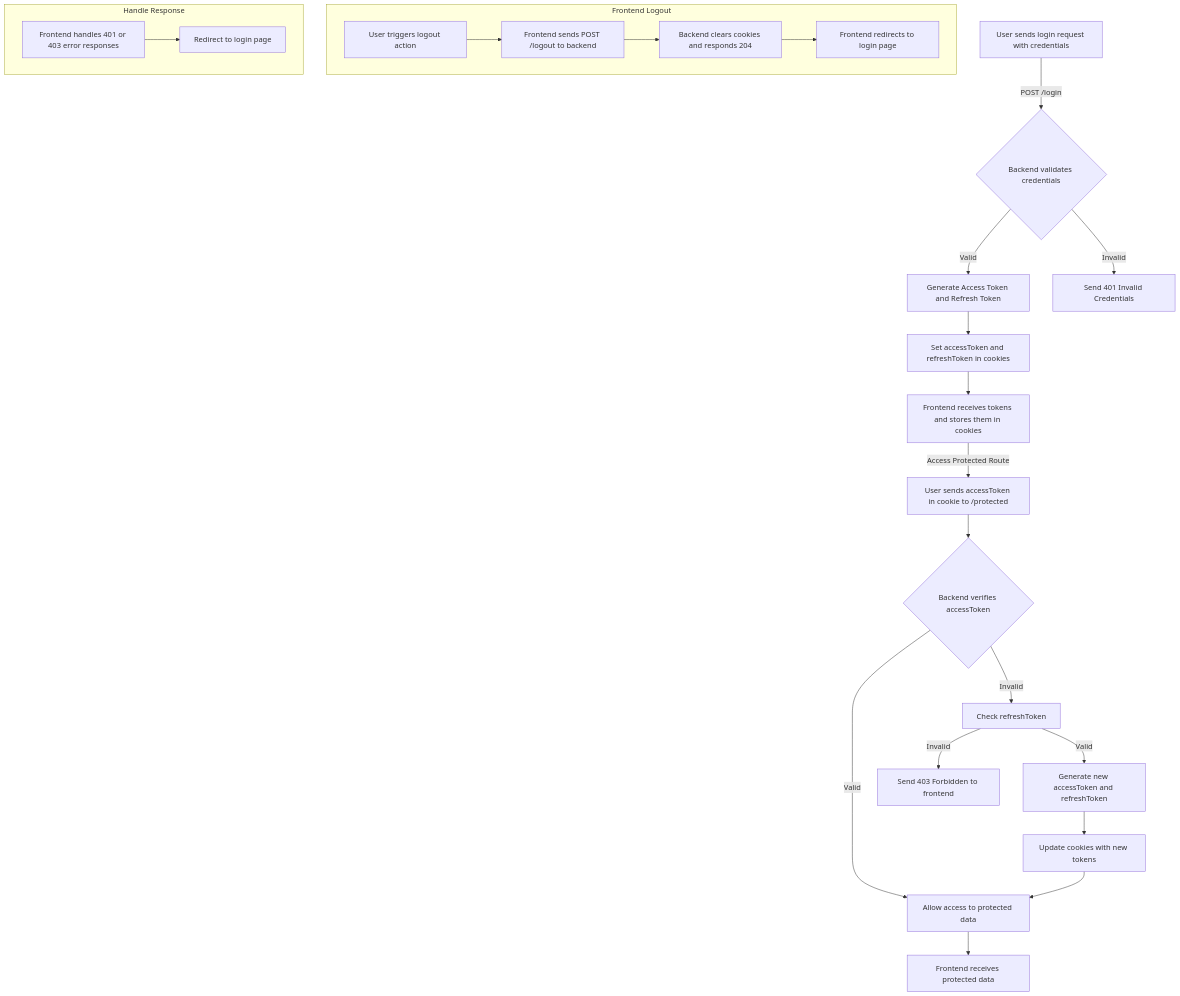
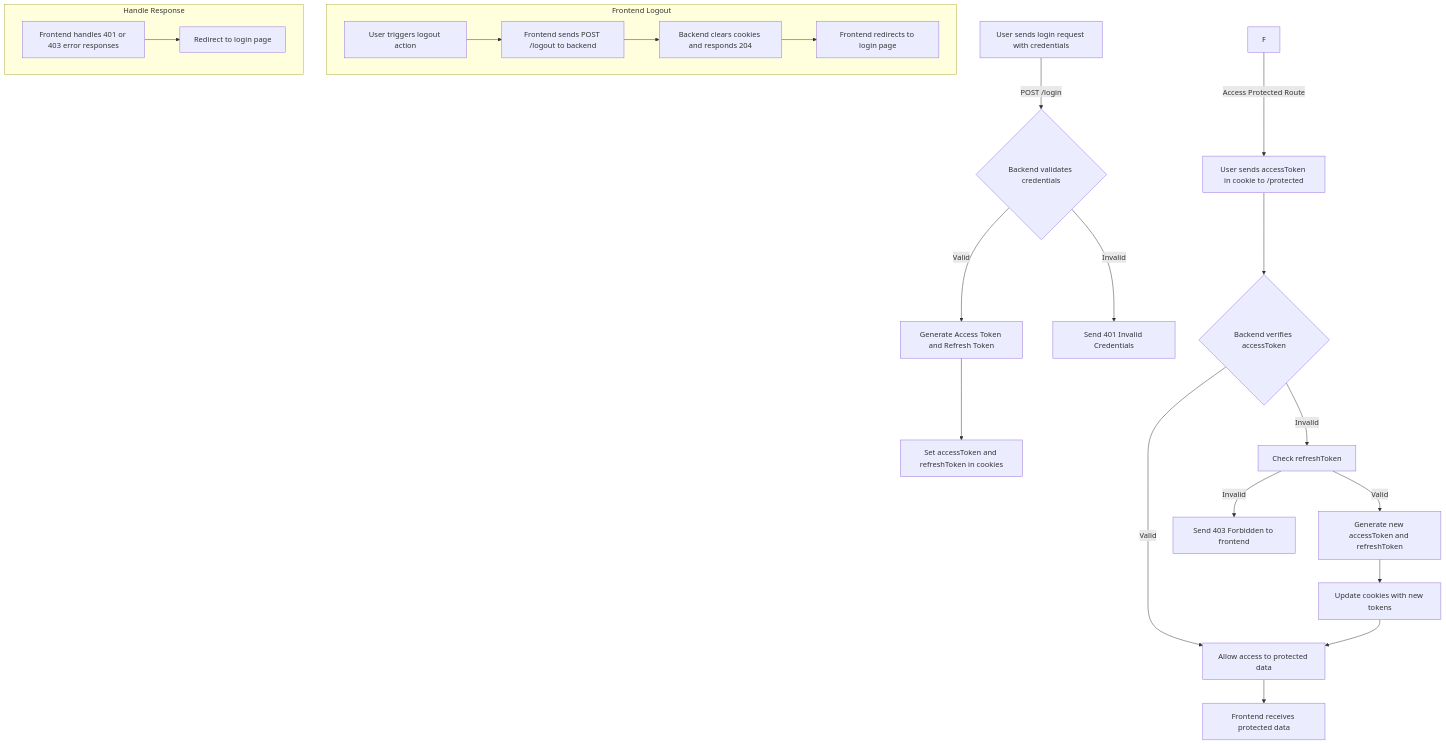
Before and after one commit to zax4r0/nuxt-ssr-http-only-refresh-token: the diagram in README.md, drawn with Mermaid.

````diff
--- a/README.md
+++ b/README.md
@@ -4,32 +4,31 @@
 ```mermaid
 flowchart TD
     A[User sends login request with credentials] -->|POST /login| B{Backend validates credentials}
     B -->|Valid| C[Generate Access Token and Refresh Token]
     B -->|Invalid| D[Send 401 Invalid Credentials]
 
     C --> E[Set accessToken and refreshToken in cookies]
-    E --> F[Frontend receives tokens and stores them in cookies]
 
     F -->|Access Protected Route| G[User sends accessToken in cookie to /protected]
     G --> H{Backend verifies accessToken}
     H -->|Valid| I[Allow access to protected data]
     H -->|Invalid| J[Check refreshToken]
 
     J -->|Valid| K[Generate new accessToken and refreshToken]
     K --> L[Update cookies with new tokens]
     L --> I
 
     J -->|Invalid| M[Send 403 Forbidden to frontend]
 
     I --> N[Frontend receives protected data]
 
     subgraph Frontend Logout
         O[User triggers logout action] --> P[Frontend sends POST /logout to backend]
         P --> Q[Backend clears cookies and responds 204]
         Q --> R[Frontend redirects to login page]
     end
 
     subgraph Handle Response
         S[Frontend handles 401 or 403 error responses] --> T[Redirect to login page]
     end
 ```
````
